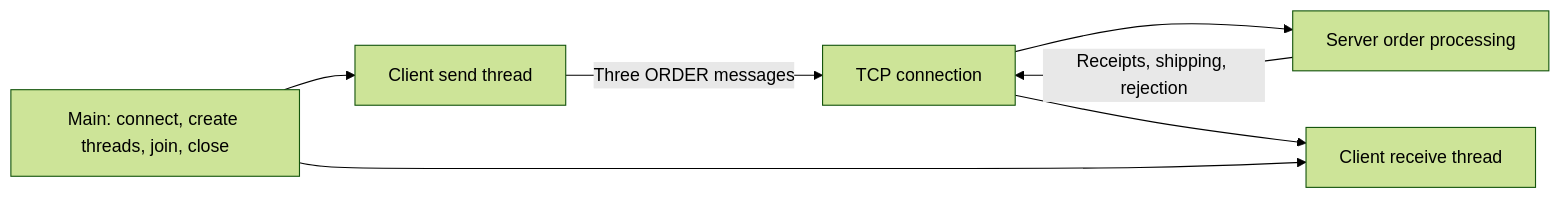
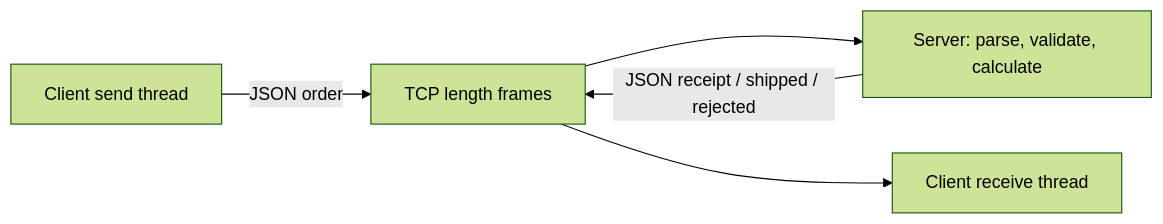
One commit to HuangX666/hx_c_platform changed the diagram in docs/TCP_BUSINESS.md. Above: the diagram before and after it, drawn with Mermaid (forest theme). The commit also changed other lines of this file and 32 other files, not shown here.

````diff
--- a/docs/TCP_BUSINESS.md
+++ b/docs/TCP_BUSINESS.md
@@ -45,9 +45,7 @@
 ```mermaid
 flowchart LR
-    TX[Client send thread] -->|Three ORDER messages| Stream[TCP connection]
-    Stream --> S[Server order processing]
-    S -->|Receipts, shipping, rejection| Stream
+    TX[Client send thread] -->|JSON order| Stream[TCP length frames]
+    Stream --> S[Server: parse, validate, calculate]
+    S -->|JSON receipt / shipped / rejected| Stream
     Stream --> RX[Client receive thread]
-    Main[Main: connect, create threads, join, close] --> TX
-    Main --> RX
 ```
````
